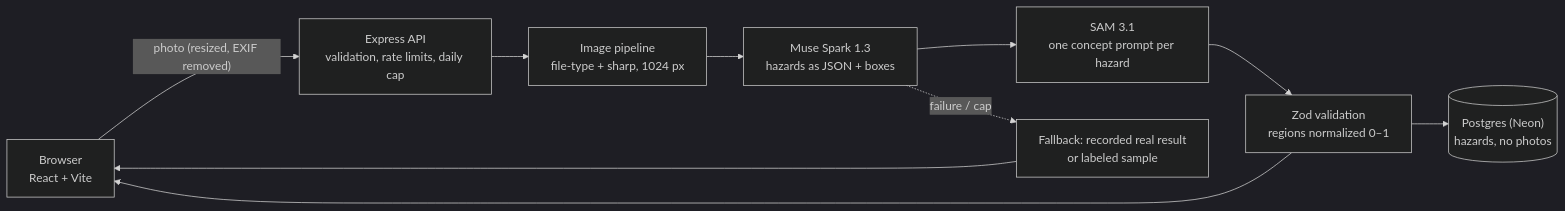
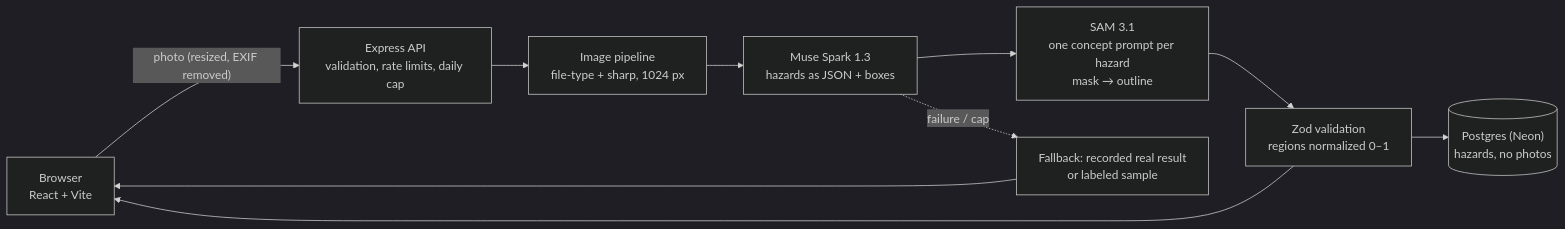
One commit to KarlaPocasangre/aegis-home changed the diagram in README.md. Above: the diagram before and after it, drawn with Mermaid (dark theme). The commit also changed other lines of this file and 8 other files, not shown here.

Commit message:
feat(ai): outline hazards with sam 3.1 masks

````diff
--- a/README.md
+++ b/README.md
@@ -23,12 +23,12 @@
 ```mermaid
 flowchart LR
     U["Browser<br/>React + Vite"] -- "photo (resized, EXIF removed)" --> A["Express API<br/>validation, rate limits, daily cap"]
     A --> P["Image pipeline<br/>file-type + sharp, 1024 px"]
     P --> S["Muse Spark 1.3<br/>hazards as JSON + boxes"]
-    S --> M["SAM 3.1<br/>one concept prompt per hazard"]
+    S --> M["SAM 3.1<br/>one concept prompt per hazard<br/>mask → outline"]
     M --> V["Zod validation<br/>regions normalized 0–1"]
     V --> D[("Postgres (Neon)<br/>hazards, no photos")]
     V --> U
     S -. "failure / cap" .-> F["Fallback: recorded real result<br/>or labeled sample"]
     F --> U
 ```
````
